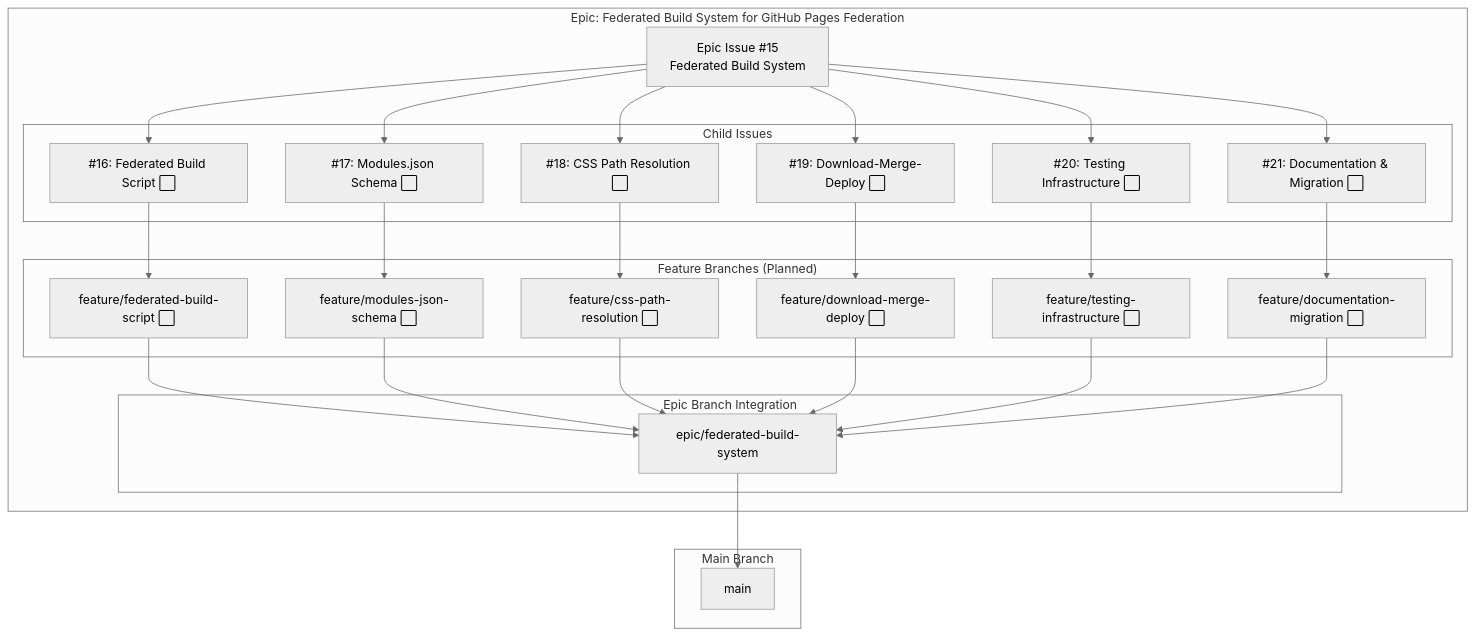
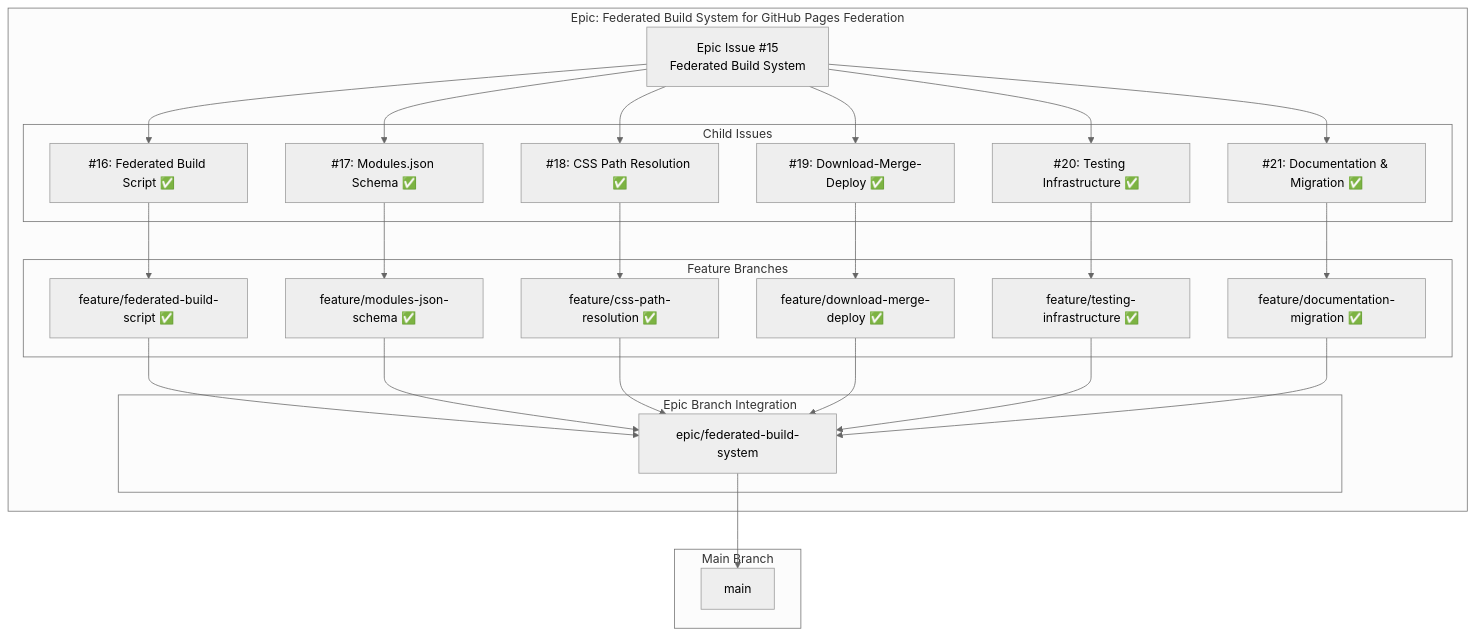
One commit to info-tech-io/hugo-templates changed the first of 7 diagrams in docs/proposals/epic-15-federated-build-system/progress.md. Above: the diagram before and after it, drawn with Mermaid (neutral theme). The commit also changed other lines of this file and 159 other files, not shown here.

First line of the commit message:
feat(epic-15): implement federated build system

````diff
--- a/docs/proposals/epic-15-federated-build-system/progress.md
+++ b/docs/proposals/epic-15-federated-build-system/progress.md
@@ -5,55 +9,55 @@
 ```mermaid
 graph TB
     subgraph "Epic: Federated Build System for GitHub Pages Federation"
         E[Epic Issue #15<br/>Federated Build System]
 
         subgraph "Child Issues"
-            C1[#16: Federated Build Script ⬜]
-            C2[#17: Modules.json Schema ⬜]
-            C3[#18: CSS Path Resolution ⬜]
-            C4[#19: Download-Merge-Deploy ⬜]
-            C5[#20: Testing Infrastructure ⬜]
-            C6[#21: Documentation & Migration ⬜]
+            C1[#16: Federated Build Script ✅]
+            C2[#17: Modules.json Schema ✅]
+            C3[#18: CSS Path Resolution ✅]
+            C4[#19: Download-Merge-Deploy ✅]
+            C5[#20: Testing Infrastructure ✅]
+            C6[#21: Documentation & Migration ✅]
         end
 
-        subgraph "Feature Branches (Planned)"
-            F1[feature/federated-build-script ⬜]
-            F2[feature/modules-json-schema ⬜]
-            F3[feature/css-path-resolution ⬜]
-            F4[feature/download-merge-deploy ⬜]
-            F5[feature/testing-infrastructure ⬜]
-            F6[feature/documentation-migration ⬜]
+        subgraph "Feature Branches"
+            F1[feature/federated-build-script ✅]
+            F2[feature/modules-json-schema ✅]
+            F3[feature/css-path-resolution ✅]
+            F4[feature/download-merge-deploy ✅]
+            F5[feature/testing-infrastructure ✅]
+            F6[feature/documentation-migration ✅]
         end
 
         subgraph "Epic Branch Integration"
             EB[epic/federated-build-system]
         end
 
         E --> C1
         E --> C2
         E --> C3
         E --> C4
         E --> C5
         E --> C6
 
         C1 --> F1
         C2 --> F2
         C3 --> F3
         C4 --> F4
         C5 --> F5
         C6 --> F6
 
         F1 --> EB
         F2 --> EB
         F3 --> EB
         F4 --> EB
         F5 --> EB
         F6 --> EB
     end
 
     subgraph "Main Branch"
         M[main]
     end
 
     EB --> M
 ```
````
